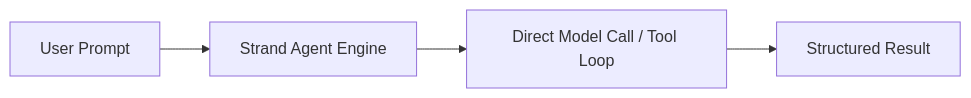
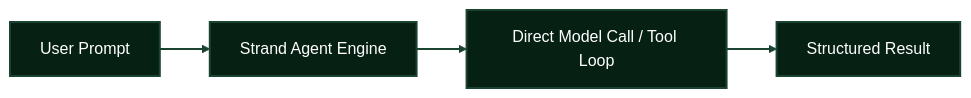
One commit to MaxwellMensah/agentic_engineering changed the second of 2 diagrams in multi_agents/readme.md. Above: the diagram before and after it, drawn with Mermaid. The commit also changed other lines of this file, not shown here.

````diff
--- a/multi_agents/readme.md
+++ b/multi_agents/readme.md
@@ -101,7 +97,10 @@
 ```mermaid
 graph LR
     UserPrompt[User Prompt] --> StrandAgent[Strand Agent Engine]
     StrandAgent --> DirectLLM[Direct Model Call / Tool Loop]
     DirectLLM --> ExecutionResult[Structured Result]
 
+    classDef darkgreenNode fill:#062013,stroke:#1b4332,stroke-width:2px,color:#ffffff;
+    class UserPrompt,StrandAgent,DirectLLM,ExecutionResult darkgreenNode;
+    linkStyle default stroke:#1b4332,stroke-width:2px;
 ```
````
